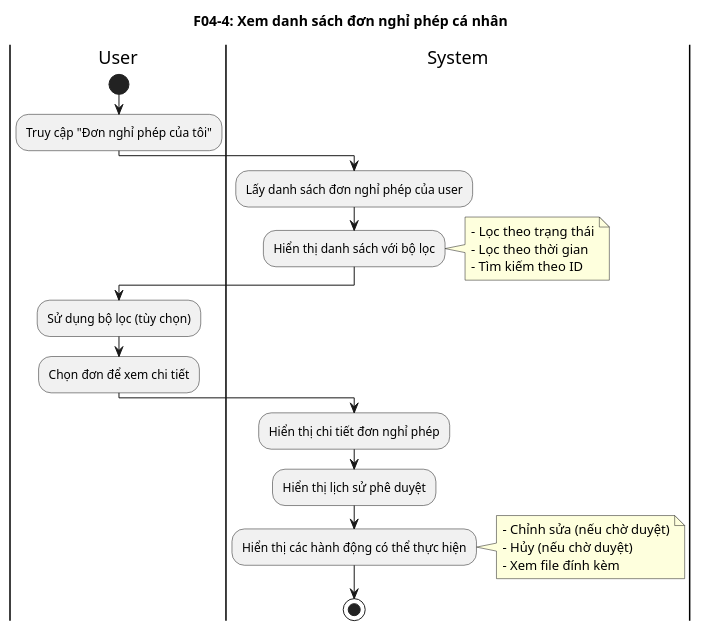
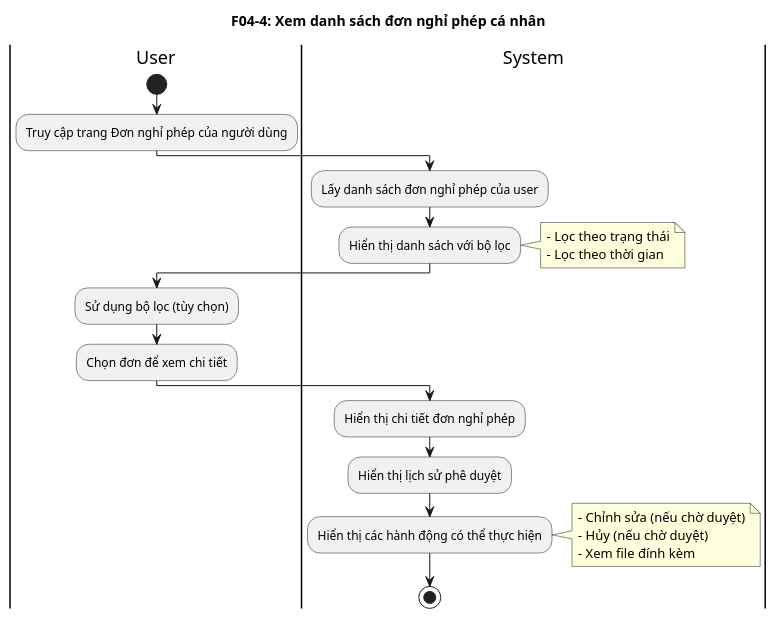
One commit to hoangh-e/PowerAppp_AppNghiPhep changed the seventh of 34 diagrams in activity_diagrams.puml. Above: the diagram before and after it, drawn with PlantUML. The commit also changed other lines of this file and 25 other files, not shown here.

```diff
--- a/activity_diagrams.puml
+++ b/activity_diagrams.puml
@@ -142,27 +150,26 @@
 @startuml F04_4_View_My_Leaves
 title F04-4: Xem danh sách đơn nghỉ phép cá nhân
 |User|
 start
-:Truy cập "Đơn nghỉ phép của tôi";
+:Truy cập trang Đơn nghỉ phép của người dùng;
 |System|
 :Lấy danh sách đơn nghỉ phép của user;
 :Hiển thị danh sách với bộ lọc;
 note right
 - Lọc theo trạng thái
 - Lọc theo thời gian
-- Tìm kiếm theo ID
 end note
 |User|
 :Sử dụng bộ lọc (tùy chọn);
 :Chọn đơn để xem chi tiết;
 |System|
 :Hiển thị chi tiết đơn nghỉ phép;
 :Hiển thị lịch sử phê duyệt;
 :Hiển thị các hành động có thể thực hiện;
 note right
 - Chỉnh sửa (nếu chờ duyệt)
 - Hủy (nếu chờ duyệt)
 - Xem file đính kèm
 end note
 stop
 @enduml
```
